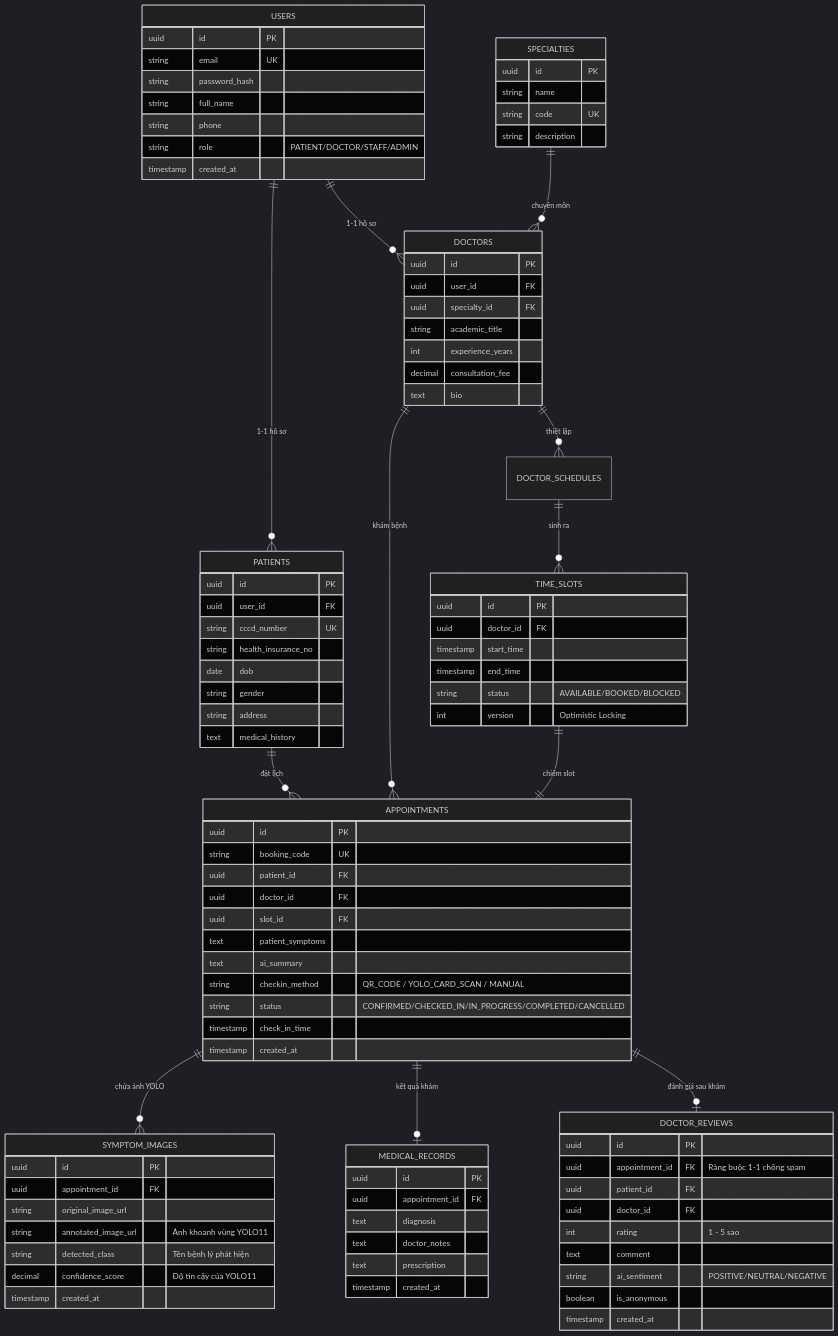
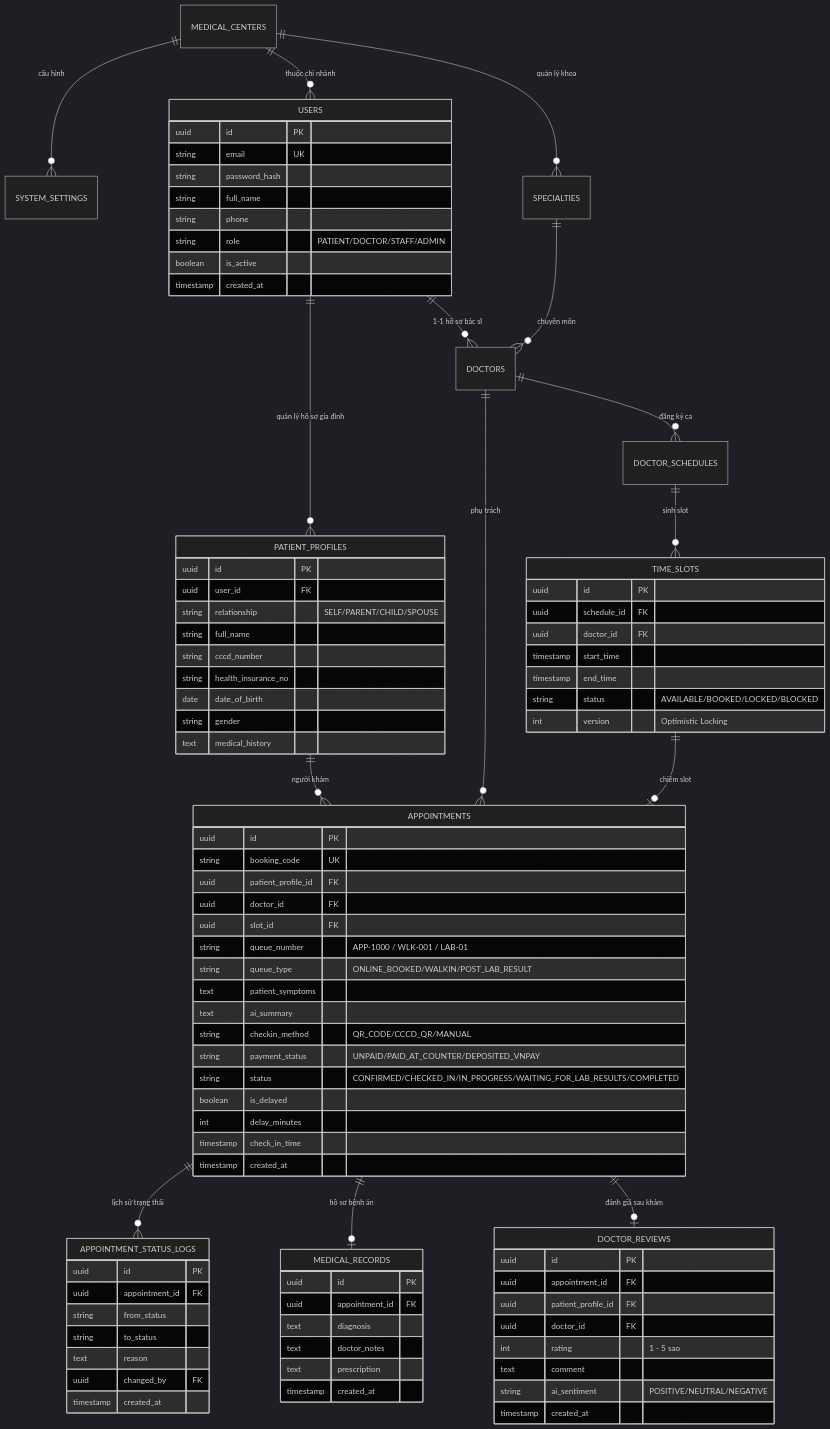
Before and after one commit to kietphuchau-create/KeHoach_Js2: the third of 3 diagrams in De_Xuat_Du_An_MedSched_Nhom.md, drawn with Mermaid (dark theme). The commit also changed other lines of this file and 16 other files, not shown here.

Commit message:
feat: initialize database schema and add comprehensive project requirement documentation

````diff
--- a/De_Xuat_Du_An_MedSched_Nhom.md
+++ b/De_Xuat_Du_An_MedSched_Nhom.md
@@ -167,15 +155,18 @@
 ```mermaid
 erDiagram
-    USERS ||--o{ PATIENTS : "1-1 hồ sơ"
-    USERS ||--o{ DOCTORS : "1-1 hồ sơ"
+    MEDICAL_CENTERS ||--o{ SYSTEM_SETTINGS : "cấu hình"
+    MEDICAL_CENTERS ||--o{ USERS : "thuộc chi nhánh"
+    MEDICAL_CENTERS ||--o{ SPECIALTIES : "quản lý khoa"
+    USERS ||--o{ PATIENT_PROFILES : "quản lý hồ sơ gia đình"
+    USERS ||--o{ DOCTORS : "1-1 hồ sơ bác sĩ"
     SPECIALTIES ||--o{ DOCTORS : "chuyên môn"
-    DOCTORS ||--o{ DOCTOR_SCHEDULES : "thiết lập"
-    DOCTOR_SCHEDULES ||--o{ TIME_SLOTS : "sinh ra"
-    PATIENTS ||--o{ APPOINTMENTS : "đặt lịch"
-    DOCTORS ||--o{ APPOINTMENTS : "khám bệnh"
-    TIME_SLOTS ||--|| APPOINTMENTS : "chiếm slot"
-    APPOINTMENTS ||--o{ SYMPTOM_IMAGES : "chứa ảnh YOLO"
-    APPOINTMENTS ||--o| MEDICAL_RECORDS : "kết quả khám"
+    DOCTORS ||--o{ DOCTOR_SCHEDULES : "đăng ký ca"
+    DOCTOR_SCHEDULES ||--o{ TIME_SLOTS : "sinh slot"
+    PATIENT_PROFILES ||--o{ APPOINTMENTS : "người khám"
+    DOCTORS ||--o{ APPOINTMENTS : "phụ trách"
+    TIME_SLOTS ||--o| APPOINTMENTS : "chiếm slot"
+    APPOINTMENTS ||--o{ APPOINTMENT_STATUS_LOGS : "lịch sử trạng thái"
+    APPOINTMENTS ||--o| MEDICAL_RECORDS : "hồ sơ bệnh án"
     APPOINTMENTS ||--o| DOCTOR_REVIEWS : "đánh giá sau khám"
 
     USERS {
@@ -185,67 +176,58 @@
         string full_name
         string phone
         string role "PATIENT/DOCTOR/STAFF/ADMIN"
+        boolean is_active
         timestamp created_at
     }
 
-    PATIENTS {
+    PATIENT_PROFILES {
         uuid id PK
         uuid user_id FK
-        string cccd_number UK
+        string relationship "SELF/PARENT/CHILD/SPOUSE"
+        string full_name
+        string cccd_number
         string health_insurance_no
-        date dob
+        date date_of_birth
         string gender
-        string address
         text medical_history
-    }
-
-    SPECIALTIES {
-        uuid id PK
-        string name
-        string code UK
-        string description
-    }
-
-    DOCTORS {
-        uuid id PK
-        uuid user_id FK
-        uuid specialty_id FK
-        string academic_title
-        int experience_years
-        decimal consultation_fee
-        text bio
     }
 
     TIME_SLOTS {
         uuid id PK
+        uuid schedule_id FK
         uuid doctor_id FK
         timestamp start_time
         timestamp end_time
-        string status "AVAILABLE/BOOKED/BLOCKED"
+        string status "AVAILABLE/BOOKED/LOCKED/BLOCKED"
         int version "Optimistic Locking"
     }
 
     APPOINTMENTS {
         uuid id PK
         string booking_code UK
-        uuid patient_id FK
+        uuid patient_profile_id FK
         uuid doctor_id FK
         uuid slot_id FK
+        string queue_number "APP-1000 / WLK-001 / LAB-01"
+        string queue_type "ONLINE_BOOKED/WALKIN/POST_LAB_RESULT"
         text patient_symptoms
         text ai_summary
-        string checkin_method "QR_CODE / YOLO_CARD_SCAN / MANUAL"
-        string status "CONFIRMED/CHECKED_IN/IN_PROGRESS/COMPLETED/CANCELLED"
+        string checkin_method "QR_CODE/CCCD_QR/MANUAL"
+        string payment_status "UNPAID/PAID_AT_COUNTER/DEPOSITED_VNPAY"
+        string status "CONFIRMED/CHECKED_IN/IN_PROGRESS/WAITING_FOR_LAB_RESULTS/COMPLETED"
+        boolean is_delayed
+        int delay_minutes
         timestamp check_in_time
         timestamp created_at
     }
 
-    SYMPTOM_IMAGES {
+    APPOINTMENT_STATUS_LOGS {
         uuid id PK
         uuid appointment_id FK
-        string original_image_url
-        string annotated_image_url "Ảnh khoanh vùng YOLO11"
-        string detected_class "Tên bệnh lý phát hiện"
-        decimal confidence_score "Độ tin cậy của YOLO11"
+        string from_status
+        string to_status
+        text reason
+        uuid changed_by FK
         timestamp created_at
     }
 
@@ -260,13 +242,12 @@
 
     DOCTOR_REVIEWS {
         uuid id PK
-        uuid appointment_id FK "Ràng buộc 1-1 chống spam"
-        uuid patient_id FK
+        uuid appointment_id FK
+        uuid patient_profile_id FK
         uuid doctor_id FK
         int rating "1 - 5 sao"
         text comment
         string ai_sentiment "POSITIVE/NEUTRAL/NEGATIVE"
-        boolean is_anonymous
         timestamp created_at
     }
 ```
````
